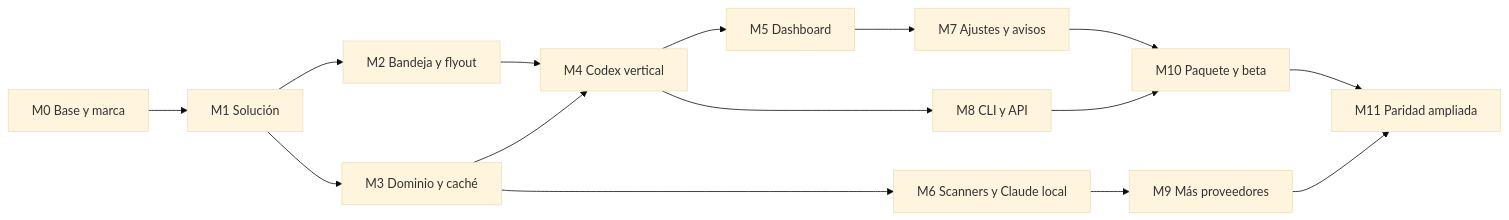
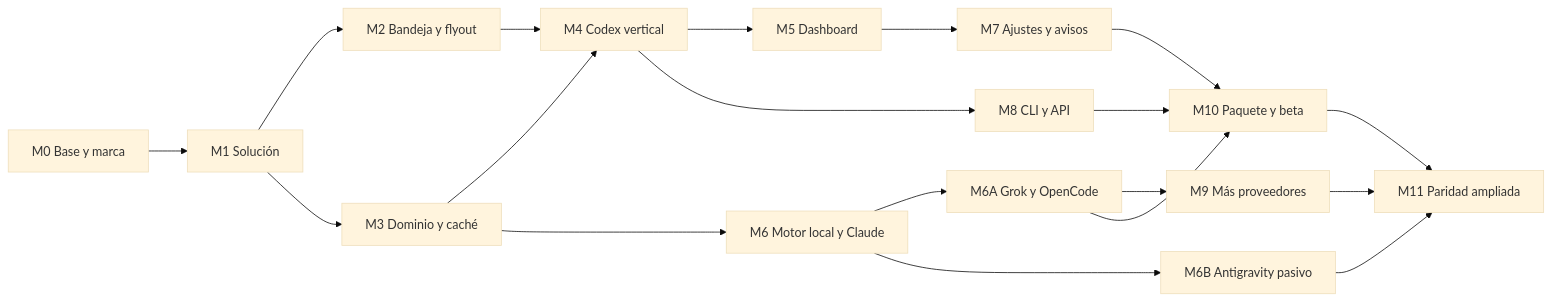
One commit to gvastethecreator/tokenusage changed the diagram in docs/IMPLEMENTATION-PLAN.md. Above: the diagram before and after it, drawn with Mermaid (base theme). The commit also changed other lines of this file and 6 other files, not shown here.

````diff
--- a/docs/IMPLEMENTATION-PLAN.md
+++ b/docs/IMPLEMENTATION-PLAN.md
@@ -65,17 +66,21 @@
 ```mermaid
 flowchart LR
     M0["M0 Base y marca"] --> M1["M1 Solución"]
     M1 --> M2["M2 Bandeja y flyout"]
     M1 --> M3["M3 Dominio y caché"]
     M2 --> M4["M4 Codex vertical"]
     M3 --> M4
     M4 --> M5["M5 Dashboard"]
-    M3 --> M6["M6 Scanners y Claude local"]
+    M3 --> M6["M6 Motor local y Claude"]
+    M6 --> M6A["M6A Grok y OpenCode"]
+    M6 --> M6B["M6B Antigravity pasivo"]
     M5 --> M7["M7 Ajustes y avisos"]
     M4 --> M8["M8 CLI y API"]
-    M6 --> M9["M9 Más proveedores"]
+    M6A --> M9["M9 Más proveedores"]
     M7 --> M10["M10 Paquete y beta"]
     M8 --> M10
+    M6A --> M10
+    M6B --> M11["M11 Paridad ampliada"]
     M9 --> M11["M11 Paridad ampliada"]
     M10 --> M11
 ```
````
